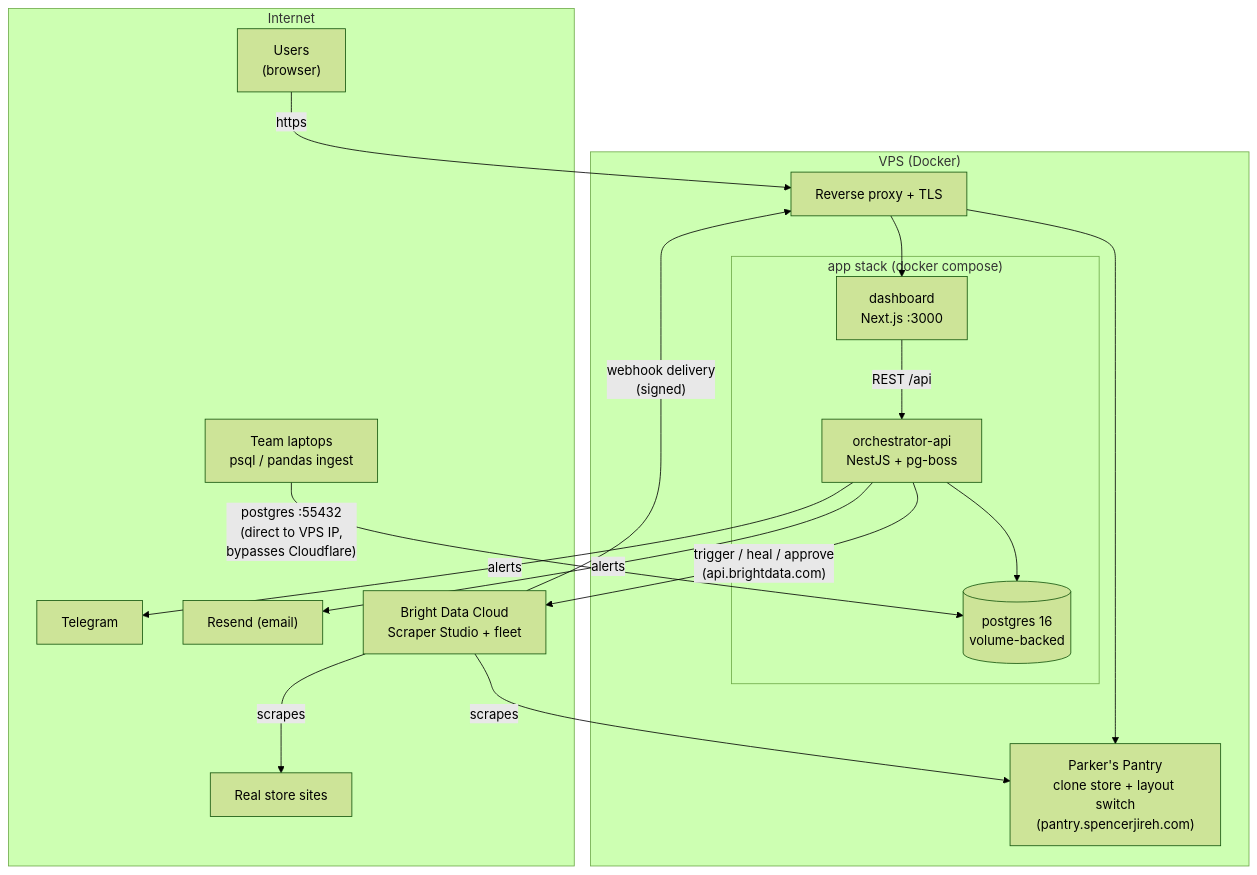
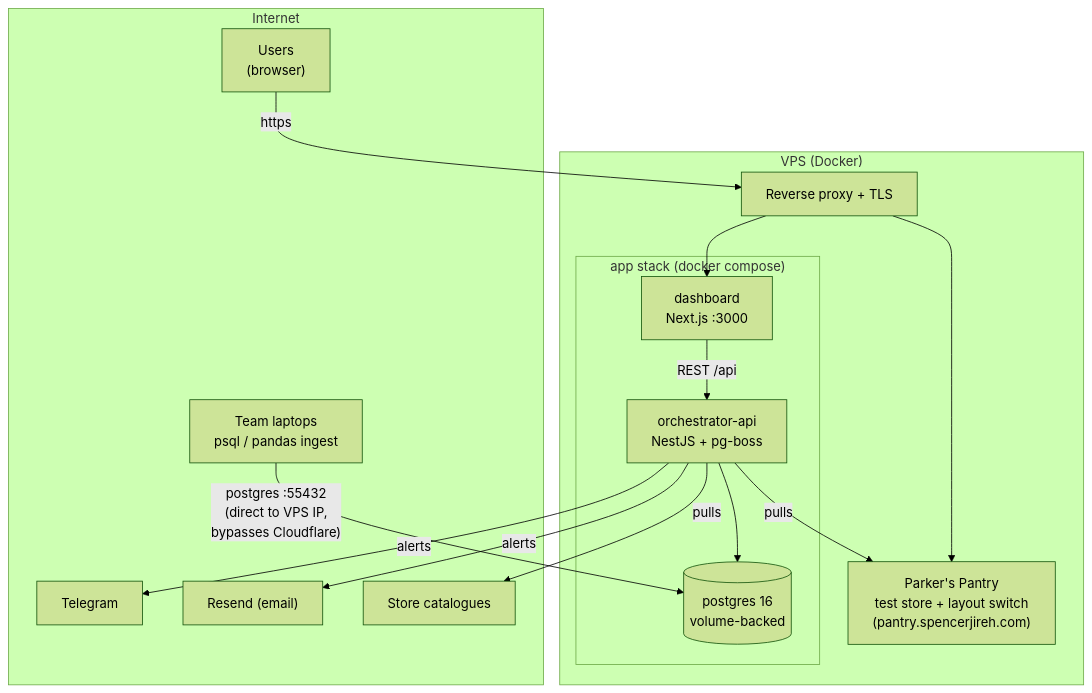
Before and after one commit to spencerjireh/basketwatch: the fifth of 5 diagrams in docs/architecture.md, drawn with Mermaid (forest theme). The commit also changed other lines of this file and 10 other files, not shown here.

````diff
--- a/docs/architecture.md
+++ b/docs/architecture.md
@@ -335,34 +313,31 @@
 ```mermaid
 flowchart TB
     subgraph INET["Internet"]
         USER["Users<br/>(browser)"]
         TG["Telegram"]
         RESEND["Resend (email)"]
-        BDCLOUD["Bright Data Cloud<br/>Scraper Studio + fleet"]
-        STORES["Real store sites"]
+        STORES["Store catalogues"]
         TEAM["Team laptops<br/>psql / pandas ingest"]
     end
 
     subgraph COOLIFY["VPS (Docker)"]
         PROXY["Reverse proxy + TLS"]
         subgraph APP["app stack (docker compose)"]
             WEB["dashboard<br/>Next.js :3000"]
             APIC["orchestrator-api<br/>NestJS + pg-boss"]
             PG[("postgres 16<br/>volume-backed")]
         end
-        CLONE["Parker's Pantry<br/>clone store + layout switch<br/>(pantry.spencerjireh.com)"]
+        PANTRY["Parker's Pantry<br/>test store + layout switch<br/>(pantry.spencerjireh.com)"]
     end
 
     USER -->|https| PROXY
     PROXY --> WEB
-    PROXY --> CLONE
+    PROXY --> PANTRY
     WEB -->|REST /api| APIC
     APIC --> PG
-    APIC -->|"trigger / heal / approve<br/>(api.brightdata.com)"| BDCLOUD
-    BDCLOUD -->|"webhook delivery<br/>(signed)"| PROXY
-    BDCLOUD -->|scrapes| STORES
-    BDCLOUD -->|scrapes| CLONE
+    APIC -->|pulls| STORES
+    APIC -->|pulls| PANTRY
     APIC -->|alerts| RESEND
     APIC -->|alerts| TG
     TEAM -->|"postgres :55432<br/>(direct to VPS IP,<br/>bypasses Cloudflare)"| PG
 ```
````
